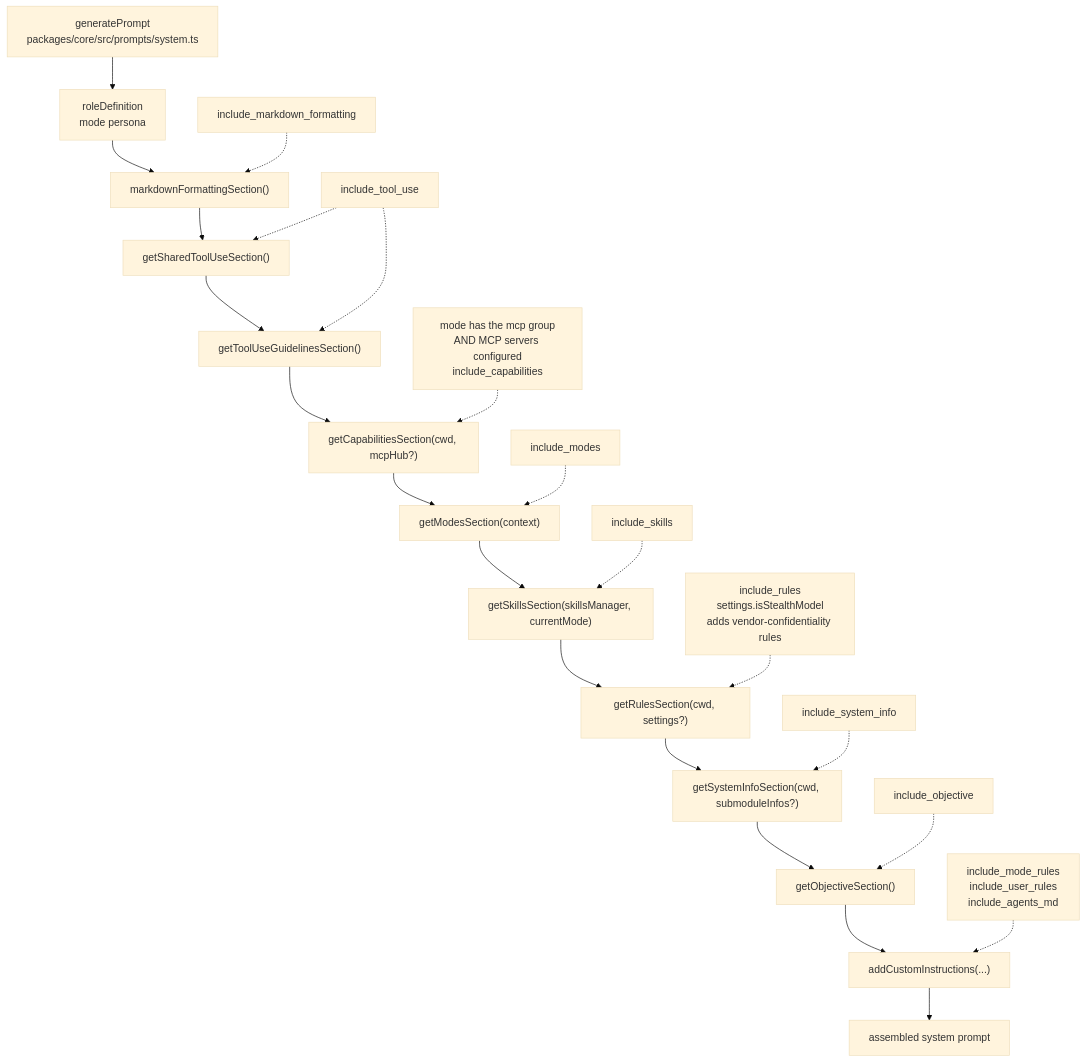
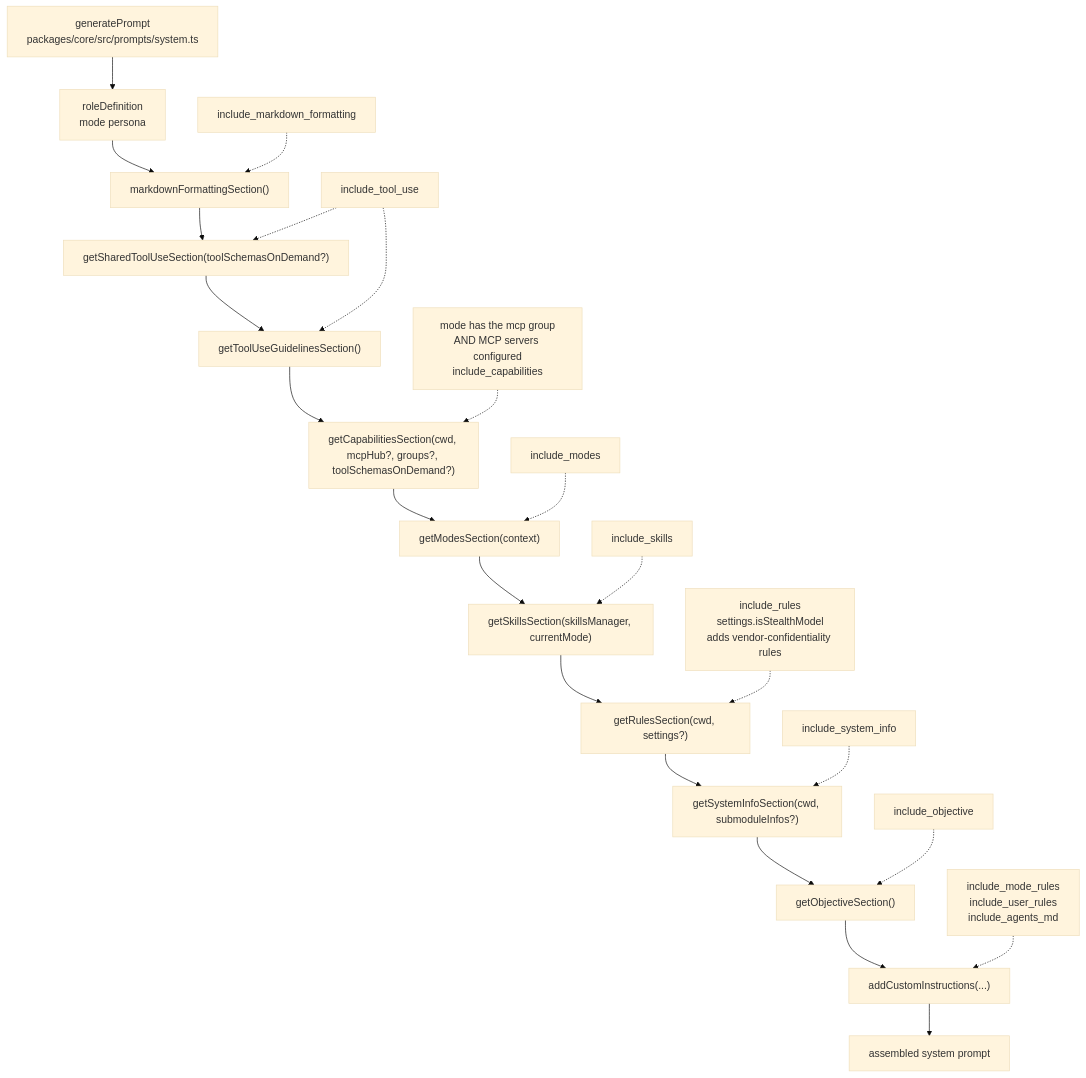
The diagram in docs/system_prompt.md (shofer-dev/shofer), drawn with Mermaid (base theme) before and after one commit. The commit also changed other lines of this file and 35 other files, not shown here.

````diff
--- a/docs/system_prompt.md
+++ b/docs/system_prompt.md
@@ -24,41 +24,41 @@
 ```mermaid
 flowchart TB
     GP["generatePrompt<br/>packages/core/src/prompts/system.ts"]
 
     S1["roleDefinition<br/>mode persona"]
     S2["markdownFormattingSection()"]
-    S3["getSharedToolUseSection()"]
+    S3["getSharedToolUseSection(toolSchemasOnDemand?)"]
     S4["getToolUseGuidelinesSection()"]
-    S5["getCapabilitiesSection(cwd, mcpHub?)"]
+    S5["getCapabilitiesSection(cwd, mcpHub?, groups?, toolSchemasOnDemand?)"]
     S6["getModesSection(context)"]
     S7["getSkillsSection(skillsManager, currentMode)"]
     S8["getRulesSection(cwd, settings?)"]
     S9["getSystemInfoSection(cwd, submoduleInfos?)"]
     S10["getObjectiveSection()"]
     S11["addCustomInstructions(...)"]
 
     OUT["assembled system prompt"]
 
     GP --> S1 --> S2 --> S3 --> S4 --> S5 --> S6 --> S7 --> S8 --> S9 --> S10 --> S11 --> OUT
 
     G2["include_markdown_formatting"]
     G34["include_tool_use"]
     G5["mode has the mcp group<br/>AND MCP servers configured<br/>include_capabilities"]
     G6["include_modes"]
     G7["include_skills"]
     G8["include_rules<br/>settings.isStealthModel<br/>adds vendor-confidentiality rules"]
     G9["include_system_info"]
     G10["include_objective"]
     G11["include_mode_rules<br/>include_user_rules<br/>include_agents_md"]
 
     G2 -.-> S2
     G34 -.-> S3
     G34 -.-> S4
     G5 -.-> S5
     G6 -.-> S6
     G7 -.-> S7
     G10 -.-> S10
     G8 -.-> S8
     G9 -.-> S9
     G11 -.-> S11
 ```
````
